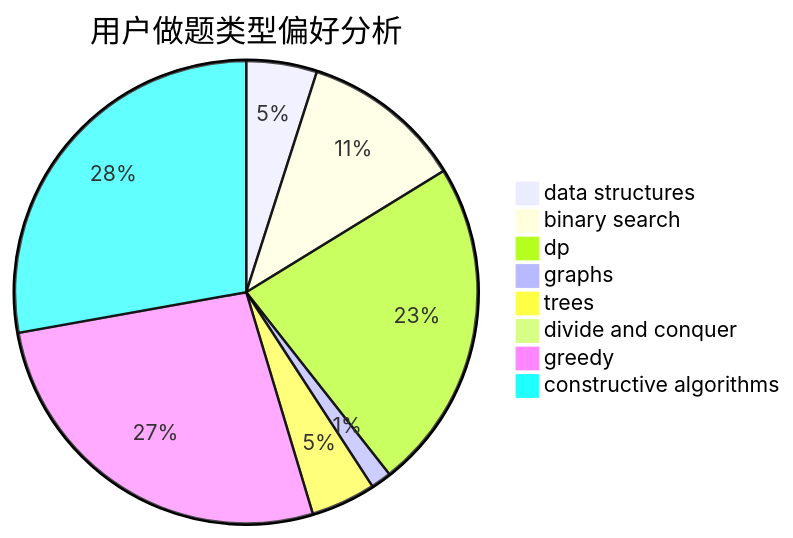
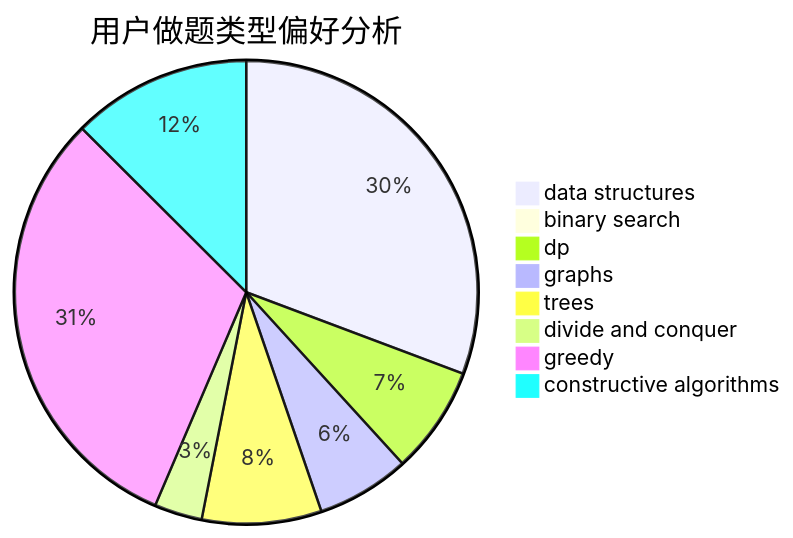
One commit to sherpahu/cfrs.github.io changed the second of 3 diagrams in docs/user/u1905.md. Above: the diagram before and after it, drawn with Mermaid. The commit also changed other lines of this file and 2770 other files, not shown here.

````diff
--- a/docs/user/u1905.md
+++ b/docs/user/u1905.md
@@ -23,11 +23,11 @@
 ```mermaid
 pie title 用户做题类型偏好分析
-    "data structures" :  86
-    "binary search" :  197
-    "dp" :  404
-    "graphs" :  25
-    "trees" :  79
-    "divide and conquer" :  0
-    "greedy" :  468
-    "constructive algorithms" :  485
+    "data structures" :  184
+    "binary search" :  6
+    "dp" :  45
+    "graphs" :  39
+    "trees" :  50
+    "divide and conquer" :  20
+    "greedy" :  186
+    "constructive algorithms" :  75
 ```
````
